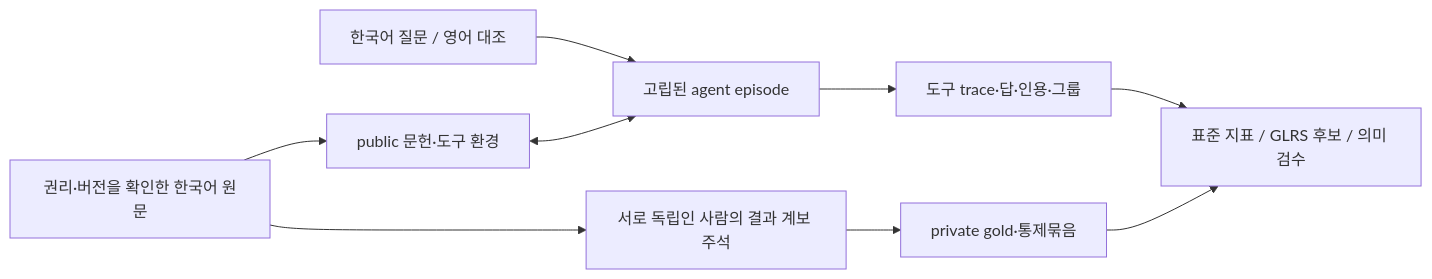
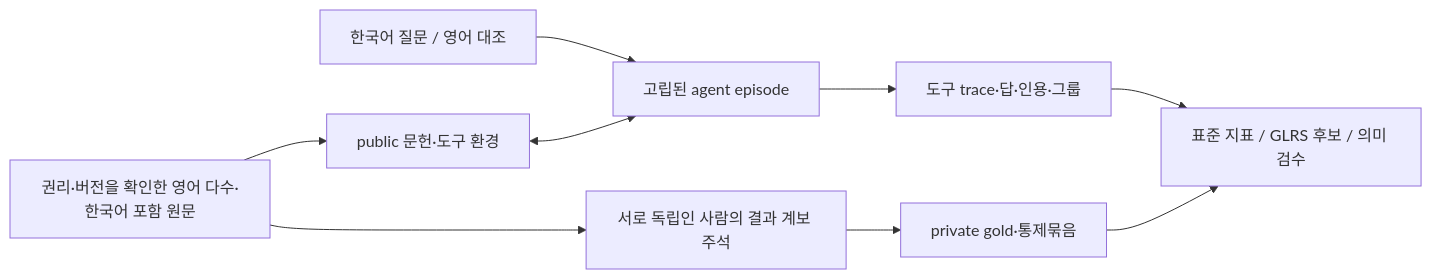
Before and after one commit to ksyint/linkpaper_ksyint: the diagram in docs/research/korean-agent-20261102/RESEARCH_PROPOSAL_KO.md, drawn with Mermaid. The commit also changed other lines of this file and 33 other files, not shown here.

````diff
--- a/docs/research/korean-agent-20261102/RESEARCH_PROPOSAL_KO.md
+++ b/docs/research/korean-agent-20261102/RESEARCH_PROPOSAL_KO.md
@@ -66,11 +66,11 @@
 ```mermaid
 flowchart LR
-    S[권리·버전을 확인한 한국어 원문] --> A[서로 독립인 사람의 결과 계보 주석]
+    S[권리·버전을 확인한 영어 다수·한국어 포함 원문] --> A[서로 독립인 사람의 결과 계보 주석]
     S --> P[public 문헌·도구 환경]
     A --> G[private gold·통제묶음]
     Q[한국어 질문 / 영어 대조] --> E[고립된 agent episode]
     P <--> E
     E --> T[도구 trace·답·인용·그룹]
     T --> M[표준 지표 / GLRS 후보 / 의미 검수]
     G --> M
 ```
````
